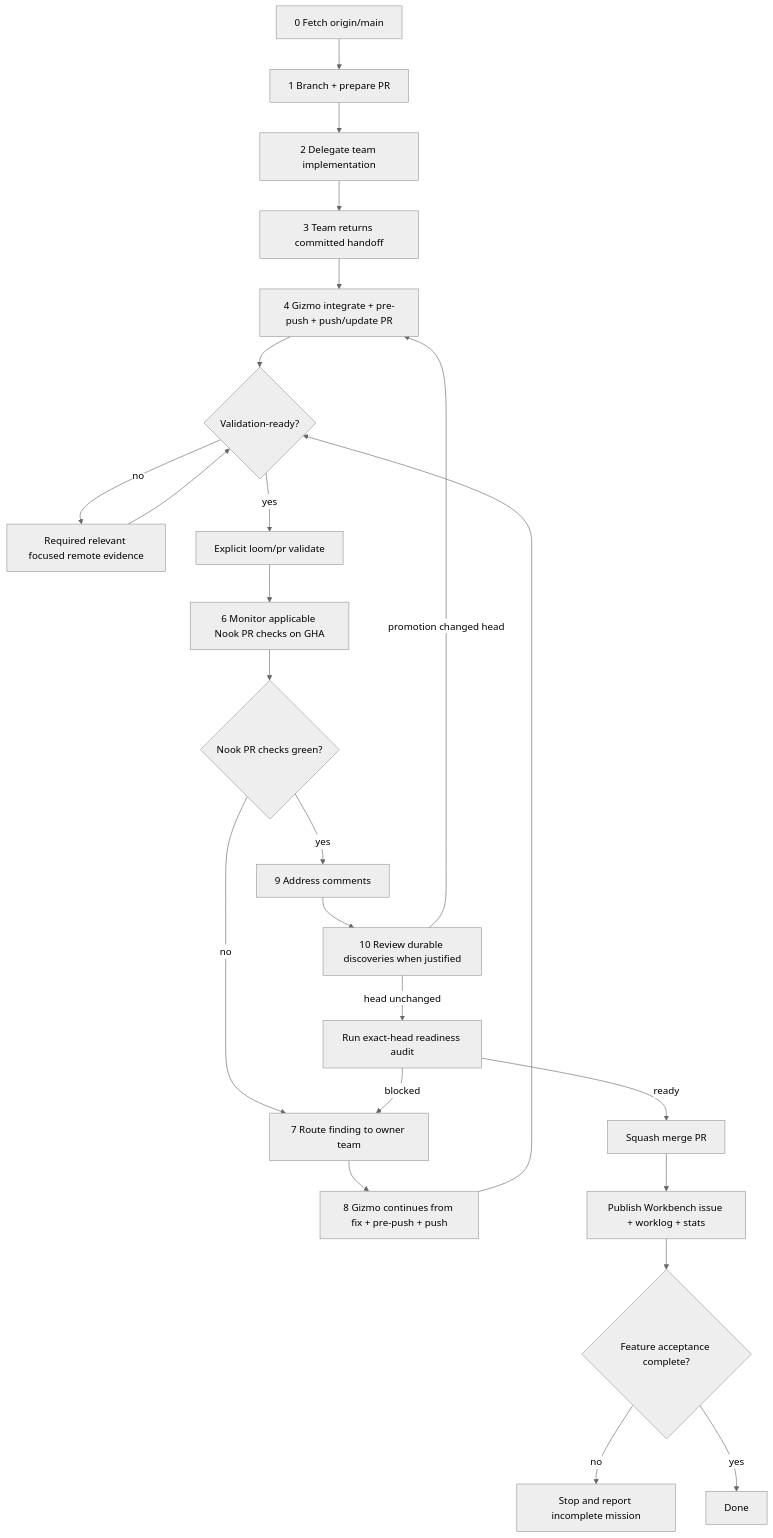
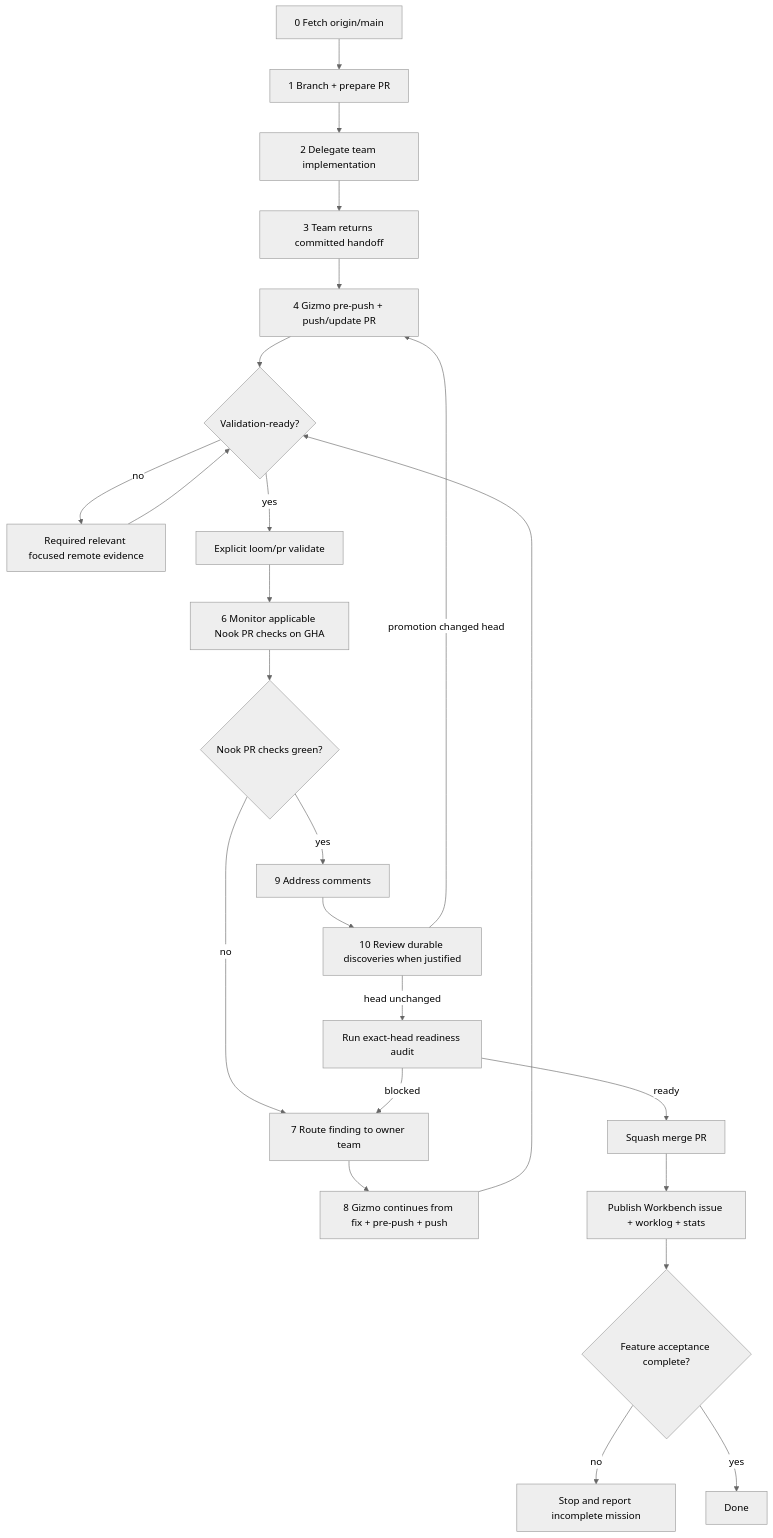
One commit to meta-secret/nook changed the diagram in .cortex/gizmo/workflows/pull-requests.md. Above: the diagram before and after it, drawn with Mermaid (neutral theme). The commit also changed 2 other files, not shown here.

Commit message:
Harden shared-checkout journal invariants

````diff
--- a/.cortex/gizmo/workflows/pull-requests.md
+++ b/.cortex/gizmo/workflows/pull-requests.md
@@ -280,26 +280,26 @@
 ```mermaid
 flowchart TD
   Z[0 Fetch origin/main] --> A[1 Branch + prepare PR]
   A --> I[2 Delegate team implementation]
   I --> CMT[3 Team returns committed handoff]
-  CMT --> E[4 Gizmo integrate + pre-push + push/update PR]
+  CMT --> E[4 Gizmo pre-push + push/update PR]
   E --> D{Validation-ready?}
   D -->|no| X[Required relevant focused remote evidence]
   D -->|yes| V[Explicit loom/pr validate]
   X --> D
   V --> F[6 Monitor applicable Nook PR checks on GHA]
   F --> G{Nook PR checks green?}
   G -->|no| H[7 Route finding to owner team]
   H --> PUSH[8 Gizmo continues from fix + pre-push + push]
   PUSH --> D
   G -->|yes| C[9 Address comments]
   C --> SI[10 Review durable discoveries when justified]
   SI -->|promotion changed head| E
   SI -->|head unchanged| R[Run exact-head readiness audit]
   R -->|blocked| H
   R -->|ready| M[Squash merge PR]
   M --> S[Publish Workbench issue + worklog + stats]
   S --> J{Feature acceptance complete?}
   J -->|no| B[Stop and report incomplete mission]
   J -->|yes| K[Done]
 ```
````
